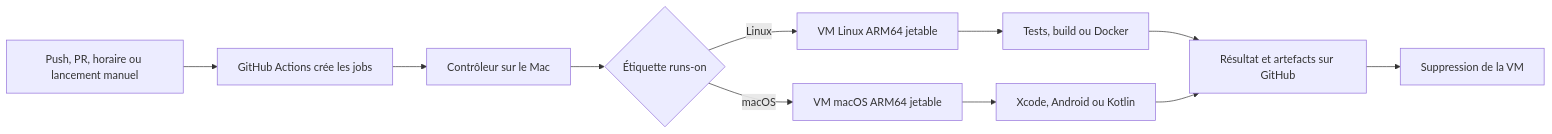
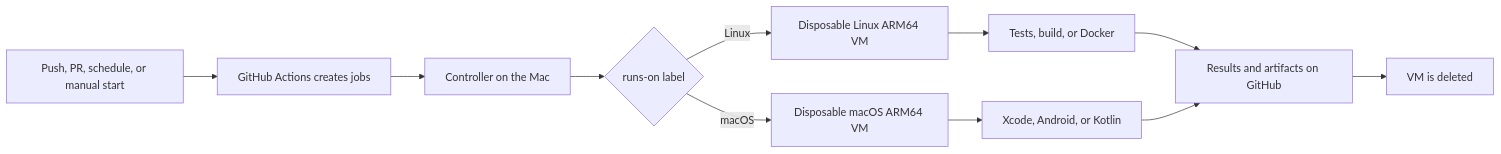
The diagram in README.md (kherembourg/ci-runners), drawn with Mermaid before and after one commit. The commit also changed other lines of this file and 8 other files, not shown here.

````diff
--- a/README.md
+++ b/README.md
@@ -14,13 +14,13 @@
 ```mermaid
 flowchart LR
-    A[Push, PR, horaire ou lancement manuel] --> B[GitHub Actions crée les jobs]
-    B --> C[Contrôleur sur le Mac]
-    C --> D{Étiquette runs-on}
-    D -->|Linux| E[VM Linux ARM64 jetable]
-    D -->|macOS| F[VM macOS ARM64 jetable]
-    E --> G[Tests, build ou Docker]
-    F --> H[Xcode, Android ou Kotlin]
-    G --> I[Résultat et artefacts sur GitHub]
+    A[Push, PR, schedule, or manual start] --> B[GitHub Actions creates jobs]
+    B --> C[Controller on the Mac]
+    C --> D{runs-on label}
+    D -->|Linux| E[Disposable Linux ARM64 VM]
+    D -->|macOS| F[Disposable macOS ARM64 VM]
+    E --> G[Tests, build, or Docker]
+    F --> H[Xcode, Android, or Kotlin]
+    G --> I[Results and artifacts on GitHub]
     H --> I
-    I --> J[Suppression de la VM]
+    I --> J[VM is deleted]
 ```
````
